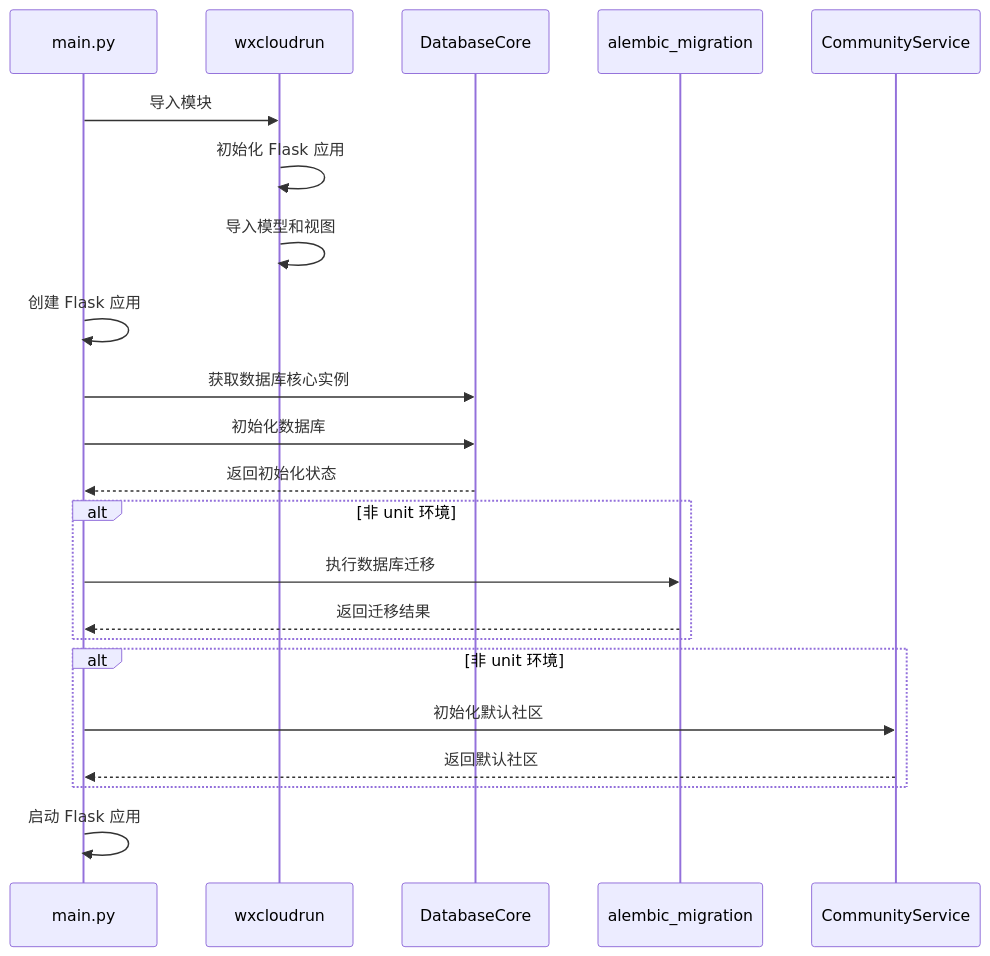
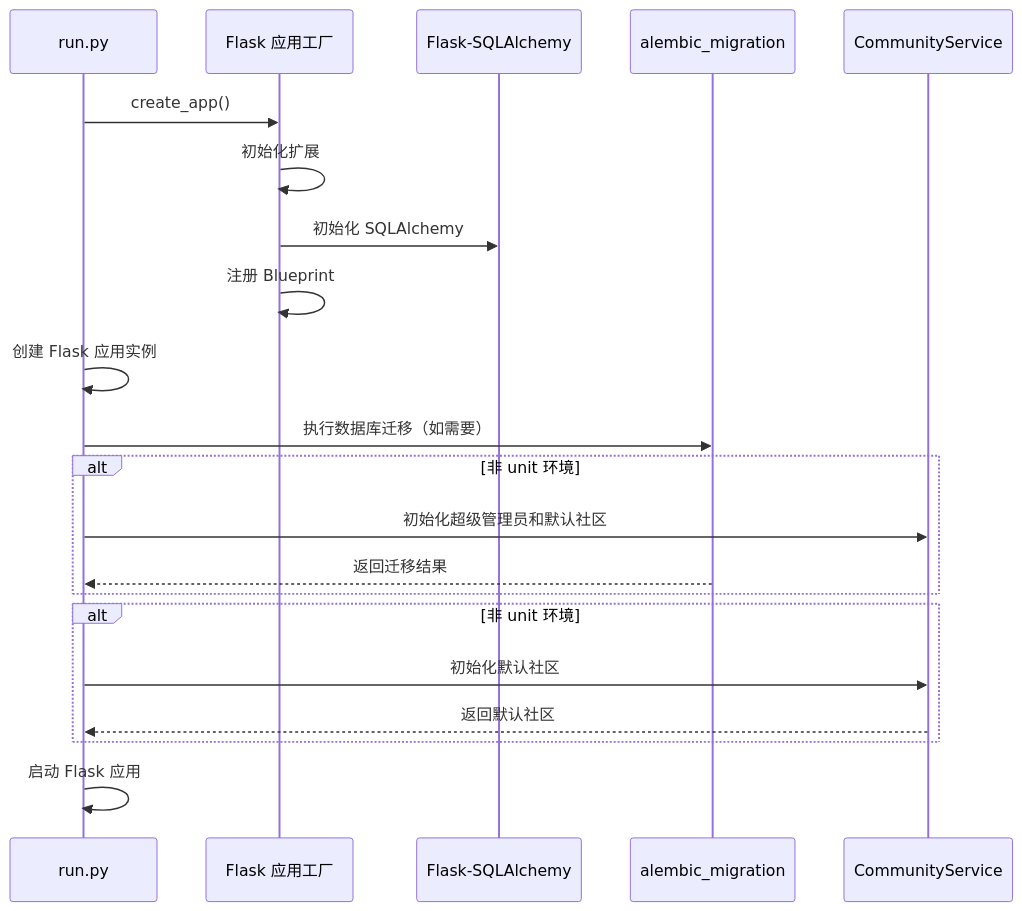
One commit to qiaoliang/wxcloudrun-flask changed the sixth of 8 diagrams in start_process.md. Above: the diagram before and after it, drawn with Mermaid. The commit also changed other lines of this file and 12 other files, not shown here.

````diff
--- a/start_process.md
+++ b/start_process.md
@@ -189,29 +187,28 @@
 ```mermaid
 sequenceDiagram
-    participant Main as main.py
-    participant Wx as wxcloudrun
-    participant DB as DatabaseCore
+    participant Main as run.py
+    participant App as Flask 应用工厂
+    participant DB as Flask-SQLAlchemy
     participant Mig as alembic_migration
     participant CS as CommunityService
 
-    Main->>Wx: 导入模块
-    Wx->>Wx: 初始化 Flask 应用
-    Wx->>Wx: 导入模型和视图
+    Main->>App: create_app()
+    App->>App: 初始化扩展
+    App->>DB: 初始化 SQLAlchemy
+    App->>App: 注册 Blueprint
 
-    Main->>Main: 创建 Flask 应用
-    Main->>DB: 获取数据库核心实例
-    Main->>DB: 初始化数据库
-    DB-->>Main: 返回初始化状态
+    Main->>Main: 创建 Flask 应用实例
+    Main->>Mig: 执行数据库迁移（如需要）
 
     alt 非 unit 环境
-        Main->>Mig: 执行数据库迁移
+        Main->>CS: 初始化超级管理员和默认社区
         Mig-->>Main: 返回迁移结果
     end
 
     alt 非 unit 环境
         Main->>CS: 初始化默认社区
         CS-->>Main: 返回默认社区
     end
 
     Main->>Main: 启动 Flask 应用
 ```
````
